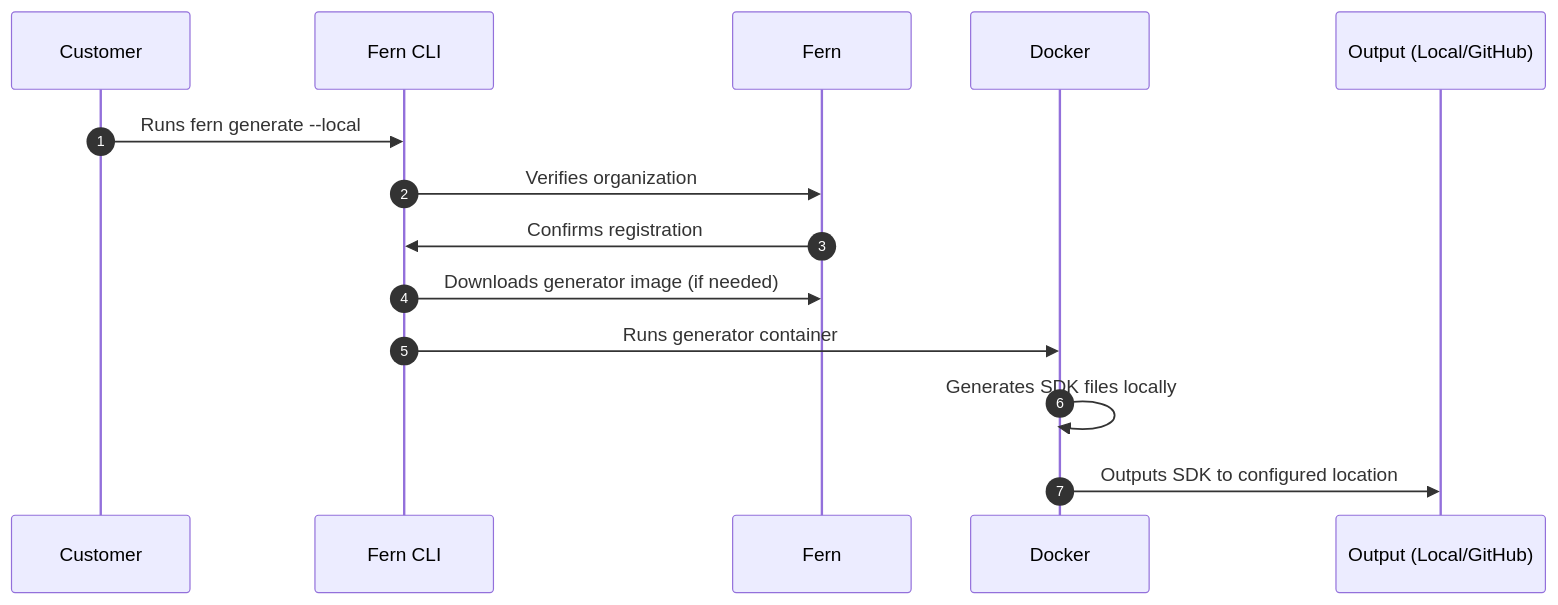
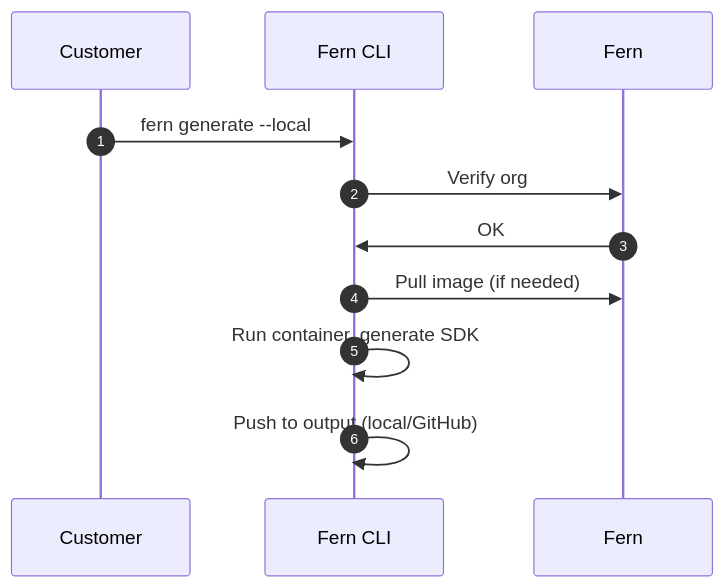
One commit to fern-api/docs changed the diagram in fern/products/sdks/guides/self-hosted.mdx. Above: the diagram before and after it, drawn with Mermaid.

Commit message:
docs: simplify architecture diagram with fewer participants and fix output flow

````diff
--- a/fern/products/sdks/guides/self-hosted.mdx
+++ b/fern/products/sdks/guides/self-hosted.mdx
@@ -104,16 +104,13 @@
 ```mermaid
 sequenceDiagram
     autonumber
     participant C as Customer
     participant CLI as Fern CLI
     participant F as Fern
-    participant D as Docker
-    participant O as Output (Local/GitHub)
-    C->>CLI: Runs fern generate --local
-    CLI->>F: Verifies organization
-    F->>CLI: Confirms registration
-    CLI->>F: Downloads generator image (if needed)
-    CLI->>D: Runs generator container
-    D->>D: Generates SDK files locally
-    D->>O: Outputs SDK to configured location
+    C->>CLI: fern generate --local
+    CLI->>F: Verify org
+    F->>CLI: OK
+    CLI->>F: Pull image (if needed)
+    CLI->>CLI: Run container, generate SDK
+    CLI->>CLI: Push to output (local/GitHub)
 ```
````
